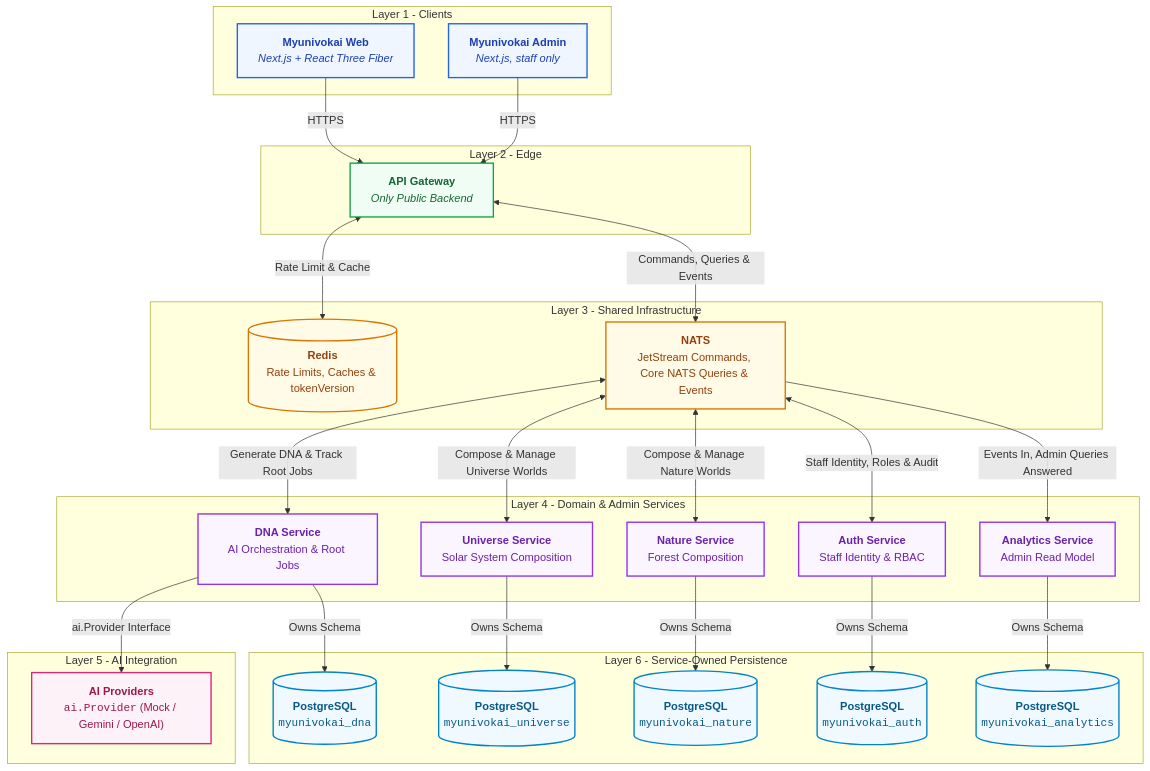
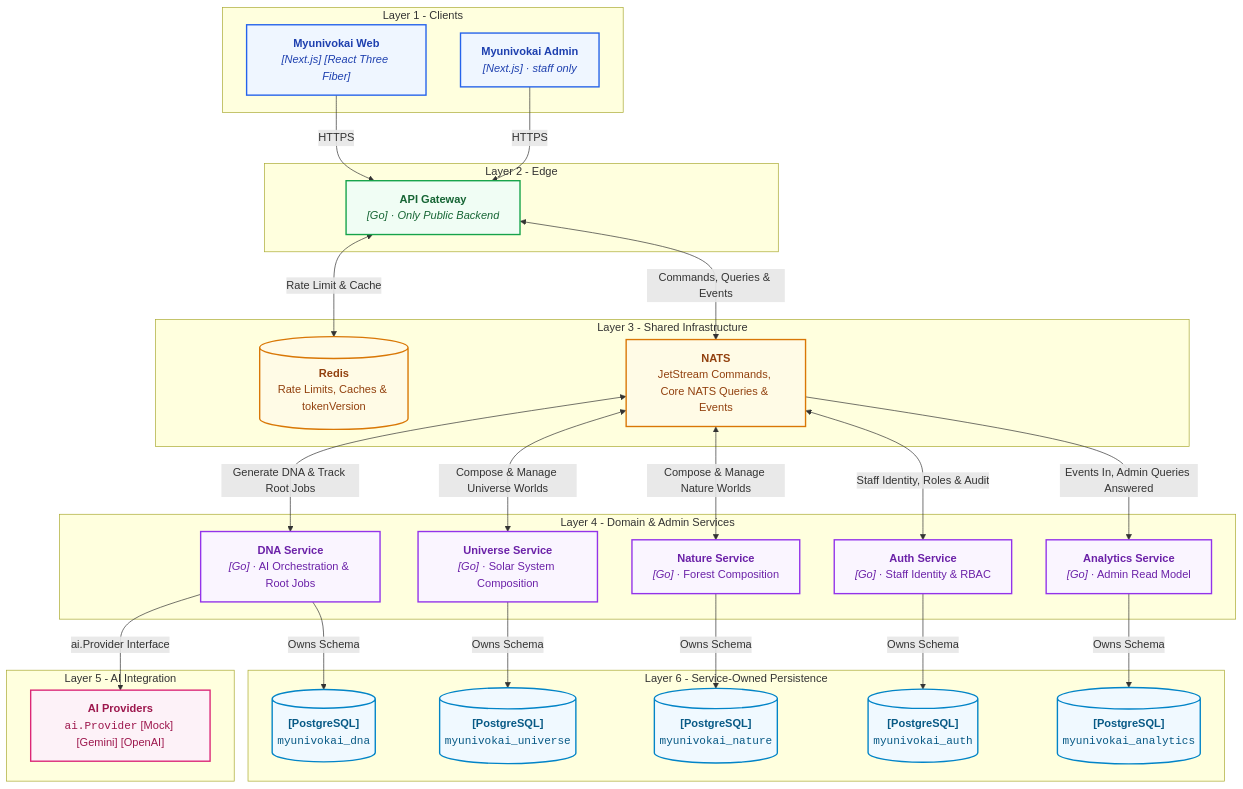
One commit to TuanTran0168/myunivokai changed the first of 2 diagrams in README.md. Above: the diagram before and after it, drawn with Mermaid.

Commit message:
[FIX][DOCS][feat/docs/telemetry-deploy-gaps-and-readme-diagram]: Tag every framework/language as a bracketed badge instead of burying it in prose
Node subtitles mixed the tech name into a sentence ("Next.js + React Three
Fiber", "Only Public Backend") with no visual separation between the two,
which read as one dense run of text. Give every language/framework its own
bracketed tag instead — [Next.js], [Go], [PostgreSQL], [Mock] [Gemini]
[OpenAI] — matching the convention asked for directly, and shortening every
node's second line as a side effect.

Confirmed at 860px (a realistic GitHub README column width, not the full
1600px+ viewport prior checks used) via Playwright, across mermaid 9 and 11 —
no overlap, no clipped text, badges stay legible at the width this diagram
actually gets read at.

````diff
--- a/README.md
+++ b/README.md
@@ -14,62 +14,62 @@
 ```mermaid
 flowchart TB
   %% Class Definitions & Layer Colors
   classDef clientStyle fill:#eff6ff,stroke:#2563eb,stroke-width:2px,color:#1e40af;
   classDef edgeStyle fill:#f0fdf4,stroke:#16a34a,stroke-width:2px,color:#166534;
   classDef infraStyle fill:#fffbe6,stroke:#d97706,stroke-width:2px,color:#92400e;
   classDef domainStyle fill:#faf5ff,stroke:#9333ea,stroke-width:2px,color:#6b21a8;
   classDef aiStyle fill:#fdf2f8,stroke:#db2777,stroke-width:2px,color:#9d174d;
   classDef dbStyle fill:#f0f9ff,stroke:#0284c7,stroke-width:2px,color:#075985;
 
   subgraph clientLayer ["Layer 1 - Clients"]
-    web["<b>Myunivokai Web</b><br/><i>Next.js + React Three Fiber</i>"]:::clientStyle
-    admin["<b>Myunivokai Admin</b><br/><i>Next.js, staff only</i>"]:::clientStyle
+    web["<b>Myunivokai Web</b><br/><i>[Next.js] [React Three Fiber]</i>"]:::clientStyle
+    admin["<b>Myunivokai Admin</b><br/><i>[Next.js] · staff only</i>"]:::clientStyle
   end
 
   subgraph edgeLayer ["Layer 2 - Edge"]
-    gateway["<b>API Gateway</b><br/><i>Only Public Backend</i>"]:::edgeStyle
+    gateway["<b>API Gateway</b><br/><i>[Go] · Only Public Backend</i>"]:::edgeStyle
   end
 
   subgraph infrastructureLayer ["Layer 3 - Shared Infrastructure"]
     redis[("<b>Redis</b><br/>Rate Limits, Caches & tokenVersion")]:::infraStyle
     nats["<b>NATS</b><br/>JetStream Commands, Core NATS Queries & Events"]:::infraStyle
   end
 
   subgraph domainLayer ["Layer 4 - Domain & Admin Services"]
-    dna["<b>DNA Service</b><br/>AI Orchestration & Root Jobs"]:::domainStyle
-    universe["<b>Universe Service</b><br/>Solar System Composition"]:::domainStyle
-    nature["<b>Nature Service</b><br/>Forest Composition"]:::domainStyle
-    auth["<b>Auth Service</b><br/>Staff Identity & RBAC"]:::domainStyle
-    analytics["<b>Analytics Service</b><br/>Admin Read Model"]:::domainStyle
+    dna["<b>DNA Service</b><br/><i>[Go]</i> · AI Orchestration & Root Jobs"]:::domainStyle
+    universe["<b>Universe Service</b><br/><i>[Go]</i> · Solar System Composition"]:::domainStyle
+    nature["<b>Nature Service</b><br/><i>[Go]</i> · Forest Composition"]:::domainStyle
+    auth["<b>Auth Service</b><br/><i>[Go]</i> · Staff Identity & RBAC"]:::domainStyle
+    analytics["<b>Analytics Service</b><br/><i>[Go]</i> · Admin Read Model"]:::domainStyle
   end
 
   subgraph integrationLayer ["Layer 5 - AI Integration"]
-    providers["<b>AI Providers</b><br/><code>ai.Provider</code> (Mock / Gemini / OpenAI)"]:::aiStyle
+    providers["<b>AI Providers</b><br/><code>ai.Provider</code> [Mock] [Gemini] [OpenAI]"]:::aiStyle
   end
 
   subgraph persistenceLayer ["Layer 6 - Service-Owned Persistence"]
-    dnaDatabase[("<b>PostgreSQL</b><br/><code>myunivokai_dna</code>")]:::dbStyle
-    universeDatabase[("<b>PostgreSQL</b><br/><code>myunivokai_universe</code>")]:::dbStyle
-    natureDatabase[("<b>PostgreSQL</b><br/><code>myunivokai_nature</code>")]:::dbStyle
-    authDatabase[("<b>PostgreSQL</b><br/><code>myunivokai_auth</code>")]:::dbStyle
-    analyticsDatabase[("<b>PostgreSQL</b><br/><code>myunivokai_analytics</code>")]:::dbStyle
+    dnaDatabase[("<b>[PostgreSQL]</b><br/><code>myunivokai_dna</code>")]:::dbStyle
+    universeDatabase[("<b>[PostgreSQL]</b><br/><code>myunivokai_universe</code>")]:::dbStyle
+    natureDatabase[("<b>[PostgreSQL]</b><br/><code>myunivokai_nature</code>")]:::dbStyle
+    authDatabase[("<b>[PostgreSQL]</b><br/><code>myunivokai_auth</code>")]:::dbStyle
+    analyticsDatabase[("<b>[PostgreSQL]</b><br/><code>myunivokai_analytics</code>")]:::dbStyle
   end
 
   web -->|"HTTPS"| gateway
   admin -->|"HTTPS"| gateway
   gateway <-->|"Rate Limit & Cache"| redis
   gateway <-->|"Commands, Queries & Events"| nats
 
   nats <-->|"Generate DNA & Track Root Jobs"| dna
   nats <-->|"Compose & Manage Universe Worlds"| universe
   nats <-->|"Compose & Manage Nature Worlds"| nature
   nats <-->|"Staff Identity, Roles & Audit"| auth
   nats -->|"Events In, Admin Queries Answered"| analytics
 
   dna -->|"ai.Provider Interface"| providers
   dna -->|"Owns Schema"| dnaDatabase
   universe -->|"Owns Schema"| universeDatabase
   nature -->|"Owns Schema"| natureDatabase
   auth -->|"Owns Schema"| authDatabase
   analytics -->|"Owns Schema"| analyticsDatabase
 ```
````
